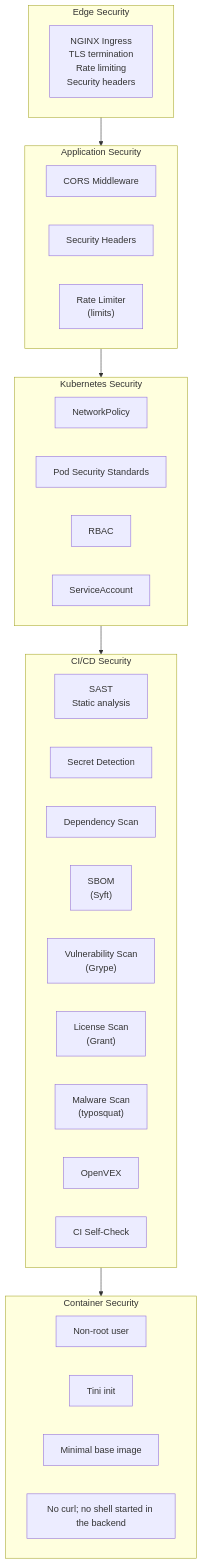
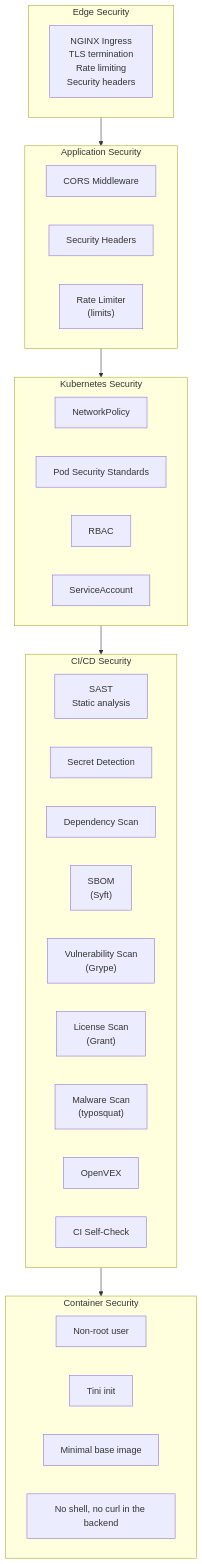
Before and after one commit to berserkhmdvhb/fullstack_template: the diagram in wiki/security.md, drawn with Mermaid. The commit also changed other lines of this file and 8 other files, not shown here.

First line of the commit message:
docs: the backend image is distroless; roadmap item done; changelog

````diff
--- a/wiki/security.md
+++ b/wiki/security.md
@@ -29,40 +29,40 @@
 ```mermaid
 flowchart TB
     subgraph Edge["Edge Security"]
         IC["NGINX Ingress<br/>TLS termination<br/>Rate limiting<br/>Security headers"]
     end
 
     subgraph App["Application Security"]
         CORS["CORS Middleware"]
         Headers["Security Headers"]
         RateLimit["Rate Limiter<br/>(limits)"]
     end
 
     subgraph K8s["Kubernetes Security"]
         NetPol["NetworkPolicy"]
         PodSec["Pod Security Standards"]
         RBAC["RBAC"]
         SA["ServiceAccount"]
     end
 
     subgraph CI["CI/CD Security"]
         SAST["SAST<br/>Static analysis"]
         Secret["Secret Detection"]
         DepScan["Dependency Scan"]
         SBOM["SBOM<br/>(Syft)"]
         Vuln["Vulnerability Scan<br/>(Grype)"]
         License["License Scan<br/>(Grant)"]
         Malware["Malware Scan<br/>(typosquat)"]
         Vex["OpenVEX"]
         SelfCheck["CI Self-Check"]
     end
 
     subgraph Container["Container Security"]
         NonRoot["Non-root user"]
         Tini["Tini init"]
         Minimal["Minimal base image"]
-        NoShell["No curl; no shell started in the backend"]
+        NoShell["No shell, no curl in the backend"]
     end
 
     Edge --> App --> K8s --> CI --> Container
 ```
````
